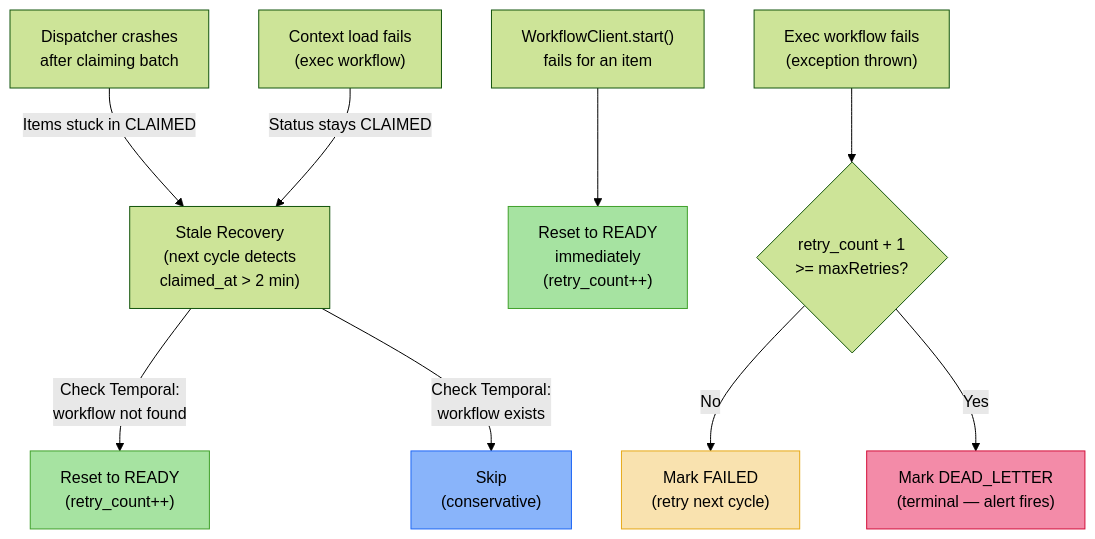
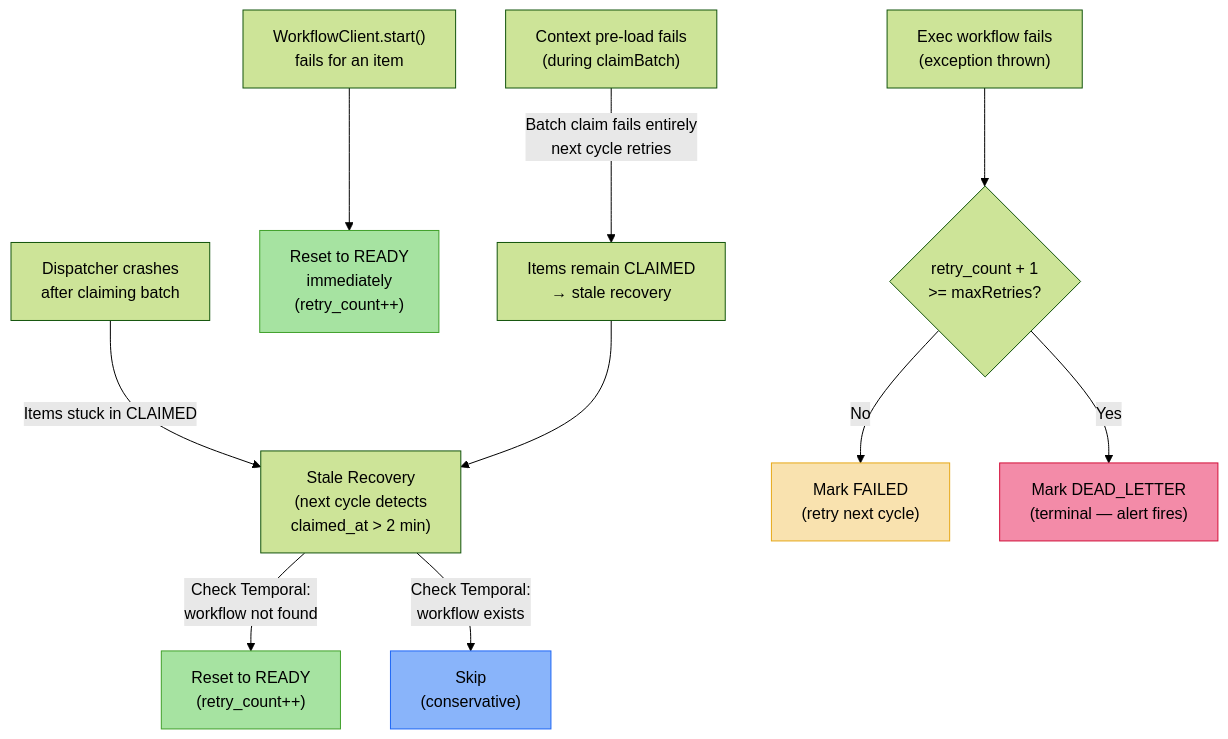
Before and after one commit to arunav-bhattacharya/payment-dispatch: diagram 13 of 13 in README.md, drawn with Mermaid (forest theme). The commit also changed other lines of this file and 729 other files, not shown here.

````diff
--- a/README.md
+++ b/README.md
@@ -610,20 +778,21 @@
 ```mermaid
 flowchart TD
     F1["Dispatcher crashes\nafter claiming batch"] -->|"Items stuck in CLAIMED"| R1["Stale Recovery\n(next cycle detects\nclaimed_at > 2 min)"]
     R1 -->|"Check Temporal:\nworkflow not found"| R1A["Reset to READY\n(retry_count++)"]
     R1 -->|"Check Temporal:\nworkflow exists"| R1B["Skip\n(conservative)"]
 
     F2["WorkflowClient.start()\nfails for an item"] --> R2["Reset to READY\nimmediately\n(retry_count++)"]
 
     F3["Exec workflow fails\n(exception thrown)"] --> R3{"retry_count + 1\n>= maxRetries?"}
     R3 -->|No| R3A["Mark FAILED\n(retry next cycle)"]
     R3 -->|Yes| R3B["Mark DEAD_LETTER\n(terminal — alert fires)"]
 
-    F4["Context load fails\n(exec workflow)"] -->|"Status stays CLAIMED"| R1
+    F4["Context pre-load fails\n(during claimBatch)"] -->|"Batch claim fails entirely\nnext cycle retries"| R2B["Items remain CLAIMED\n→ stale recovery"]
+    R2B --> R1
 
     style R1A fill:#a6e3a1,stroke:#40a02b
     style R2 fill:#a6e3a1,stroke:#40a02b
     style R3A fill:#f9e2af,stroke:#e6a817
     style R3B fill:#f38ba8,stroke:#d20f39
     style R1B fill:#89b4fa,stroke:#1e66f5
 ```
````
